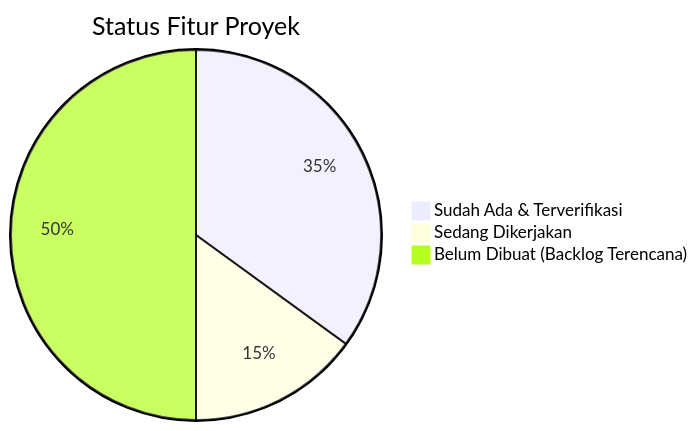
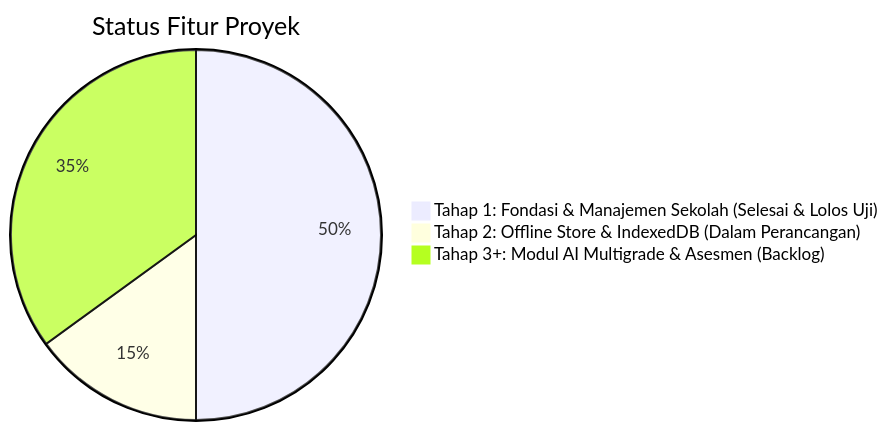
One commit to akhshodikin/Multigrade-Cerdas changed the diagram in IMPLEMENTATION_STATUS.md. Above: the diagram before and after it, drawn with Mermaid. The commit also changed other lines of this file and 35 other files, not shown here.

````diff
--- a/IMPLEMENTATION_STATUS.md
+++ b/IMPLEMENTATION_STATUS.md
@@ -10,6 +10,6 @@
 ```mermaid
 pie title Status Fitur Proyek
-    "Sudah Ada & Terverifikasi" : 35
-    "Sedang Dikerjakan" : 15
-    "Belum Dibuat (Backlog Terencana)" : 50
+    "Tahap 1: Fondasi & Manajemen Sekolah (Selesai & Lolos Uji)" : 50
+    "Tahap 2: Offline Store & IndexedDB (Dalam Perancangan)" : 15
+    "Tahap 3+: Modul AI Multigrade & Asesmen (Backlog)" : 35
 ```
````
